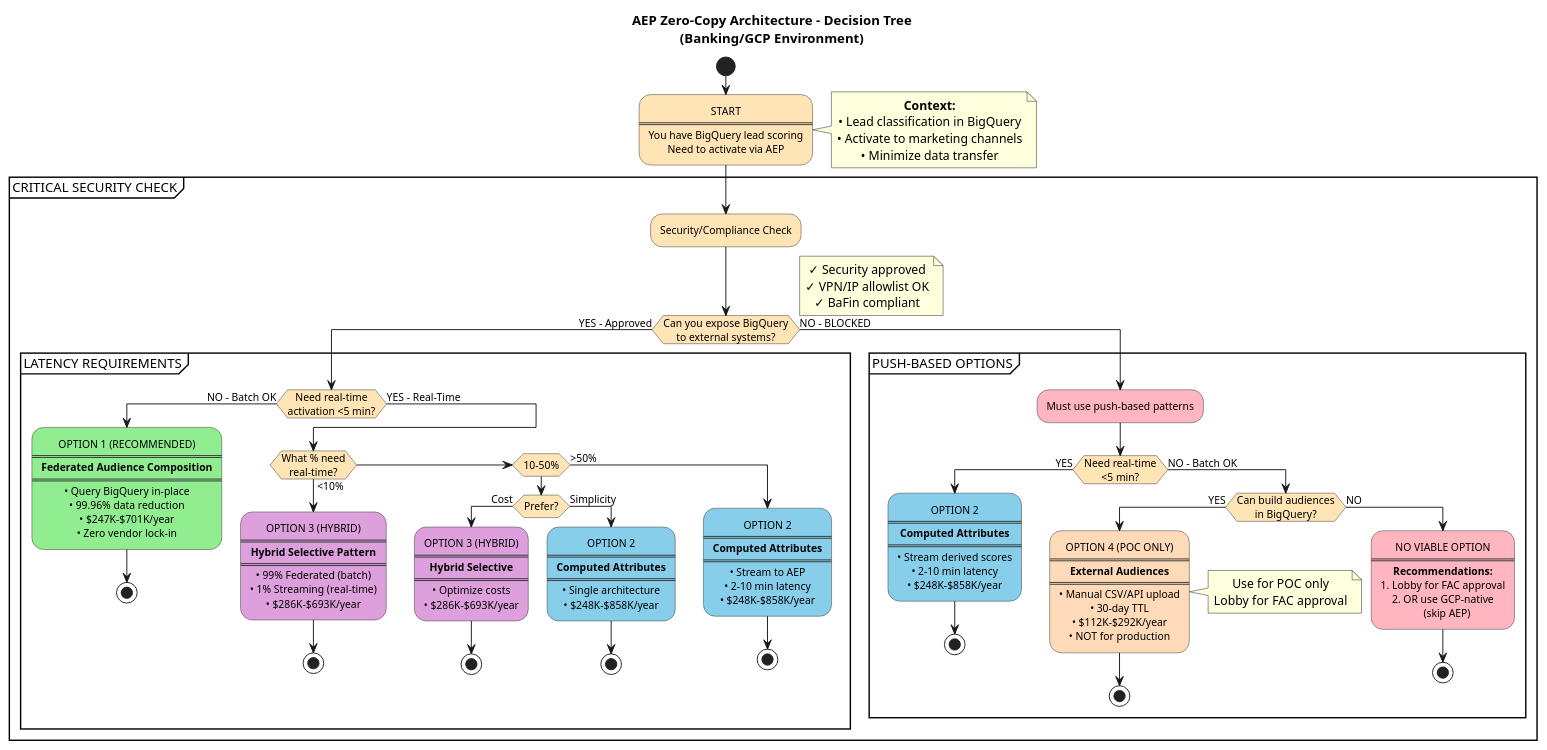
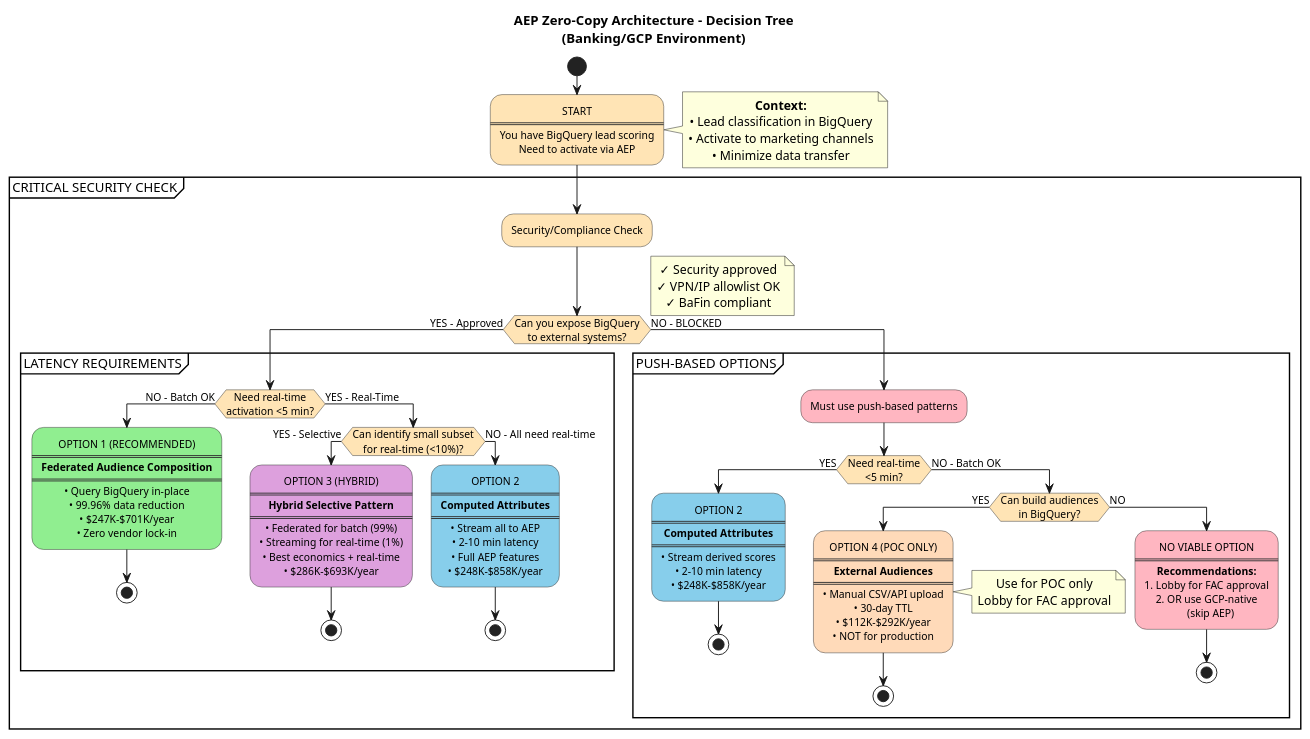
The diagram in diagrams/decision-tree-aep-options.puml (naveen-negi/zero-copy), drawn with PlantUML before and after one commit. The commit also changed 1 other file, not shown here.

First paragraph of the commit message:
Update ADR and decision tree: Add Option 4 (External Audiences) + simplify real-time decision
**1. ADR: Add Option 4 - External Audiences API**

```diff
--- a/diagrams/decision-tree-aep-options.puml
+++ b/diagrams/decision-tree-aep-options.puml
@@ -1,169 +1,145 @@
 @startuml AEP Zero-Copy Decision Tree
 
 skinparam defaultTextAlignment center
 skinparam ActivityBackgroundColor #FFE4B5
 skinparam ActivityBorderColor #333
 skinparam ActivityFontSize 11
 
 title AEP Zero-Copy Architecture - Decision Tree\n(Banking/GCP Environment)
 
 start
 
 :START
 ====
 You have BigQuery lead scoring
 Need to activate via AEP;
 
 note right
   **Context:**
   • Lead classification in BigQuery
   • Activate to marketing channels
   • Minimize data transfer
 end note
 
 partition "CRITICAL SECURITY CHECK" {
   :Security/Compliance Check;
 
   if (Can you expose BigQuery\nto external systems?) then (YES - Approved)
 
     note right
       ✓ Security approved
       ✓ VPN/IP allowlist OK
       ✓ BaFin compliant
     end note
 
     partition "LATENCY REQUIREMENTS" {
       if (Need real-time\nactivation <5 min?) then (NO - Batch OK)
 
         #90EE90:OPTION 1 (RECOMMENDED)
         ====
         **Federated Audience Composition**
         ====
         • Query BigQuery in-place
         • 99.96% data reduction
         • $247K-$701K/year
         • Zero vendor lock-in;
 
         stop
 
       else (YES - Real-Time)
 
-        if (What % need\nreal-time?) then (<10%)
+        if (Can identify small subset\nfor real-time (<10%)?) then (YES - Selective)
 
           #DDA0DD:OPTION 3 (HYBRID)
           ====
           **Hybrid Selective Pattern**
           ====
-          • 99% Federated (batch)
-          • 1% Streaming (real-time)
+          • Federated for batch (99%)
+          • Streaming for real-time (1%)
+          • Best economics + real-time
           • $286K-$693K/year;
 
           stop
 
-        elseif (10-50%) then
-
-          if (Prefer?) then (Cost)
-
-            #DDA0DD:OPTION 3 (HYBRID)
-            ====
-            **Hybrid Selective**
-            ====
-            • Optimize costs
-            • $286K-$693K/year;
-
-            stop
-
-          else (Simplicity)
-
-            #87CEEB:OPTION 2
-            ====
-            **Computed Attributes**
-            ====
-            • Single architecture
-            • $248K-$858K/year;
-
-            stop
-
-          endif
-
-        else (>50%)
+        else (NO - All need real-time)
 
           #87CEEB:OPTION 2
           ====
           **Computed Attributes**
           ====
-          • Stream to AEP
+          • Stream all to AEP
           • 2-10 min latency
+          • Full AEP features
           • $248K-$858K/year;
 
           stop
 
         endif
 
       endif
     }
 
   else (NO - BLOCKED)
 
     note right #FFB6C1
       ✗ Security blocks external access
       ✗ BaFin restrictions
       ✗ Data residency rules
       **FAC NOT POSSIBLE**
     end note
 
     partition "PUSH-BASED OPTIONS" {
       #FFB6C1:Must use push-based patterns;
 
       if (Need real-time\n<5 min?) then (YES)
 
         #87CEEB:OPTION 2
         ====
         **Computed Attributes**
         ====
         • Stream derived scores
         • 2-10 min latency
         • $248K-$858K/year;
 
         stop
 
       else (NO - Batch OK)
 
         if (Can build audiences\nin BigQuery?) then (YES)
 
           #FFDAB9:OPTION 4 (POC ONLY)
           ====
           **External Audiences**
           ====
           • Manual CSV/API upload
           • 30-day TTL
           • $112K-$292K/year
           • NOT for production;
 
           note right
             Use for POC only
             Lobby for FAC approval
           end note
 
           stop
 
         else (NO)
 
           #FFB6C1:NO VIABLE OPTION
           ====
           **Recommendations:**
           1. Lobby for FAC approval
           2. OR use GCP-native
              (skip AEP);
 
           stop
 
         endif
 
       endif
     }
 
   endif
 }
 
 @enduml
```
